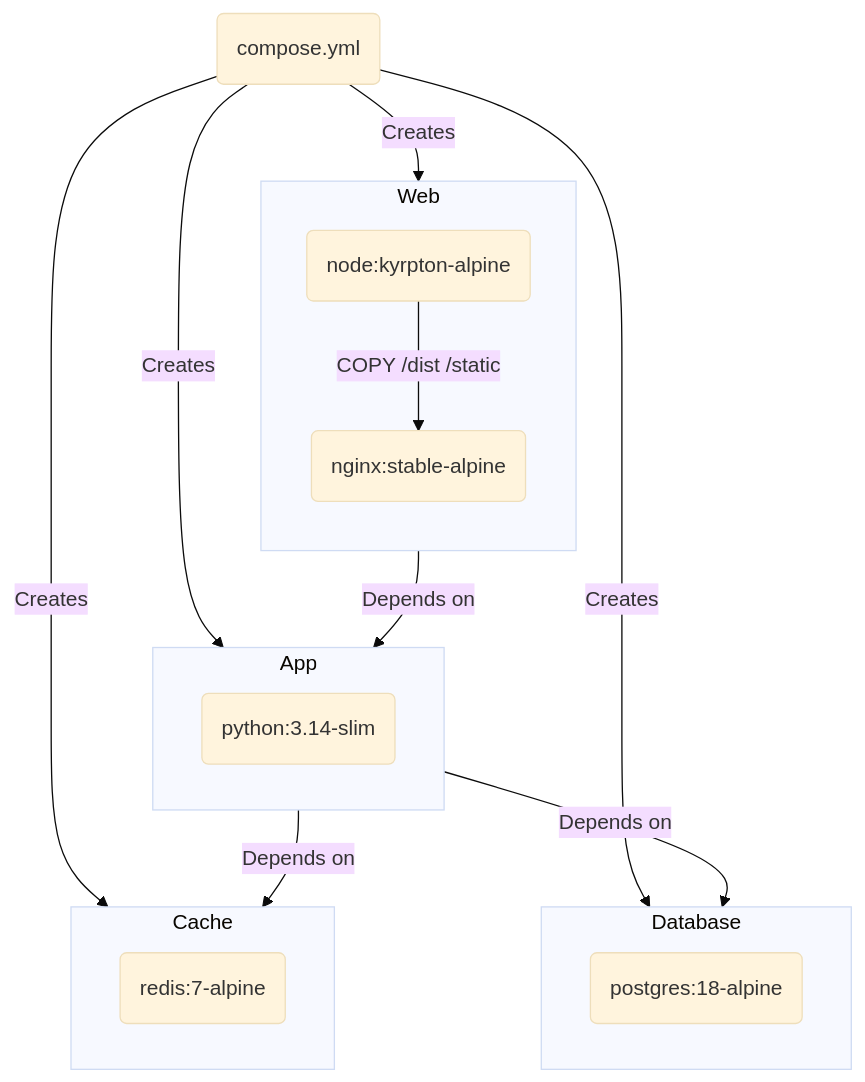
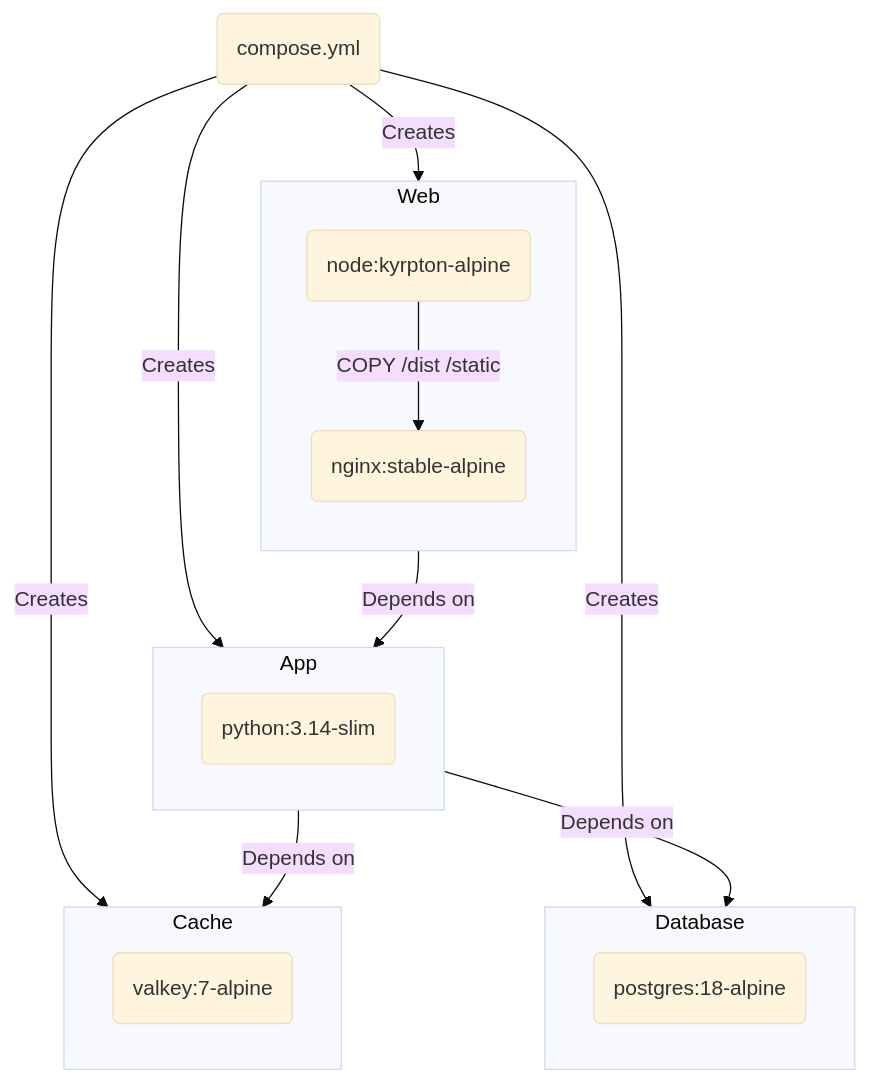
Before and after one commit to LandRegistry/govuk-frontend-flask: the first of 2 diagrams in README.md, drawn with Mermaid (base theme). The commit also changed other lines of this file and 2 other files, not shown here.

Commit message:
switch to valkey

````diff
--- a/README.md
+++ b/README.md
@@ -130,30 +130,30 @@
 ```mermaid
 flowchart TB
     compose(compose.yml)
     nginx(nginx:stable-alpine)
     node(node:kyrpton-alpine)
     postgres(postgres:18-alpine)
     python(python:3.14-slim)
-    redis(redis:7-alpine)
+    valkey(valkey:7-alpine)
 
     compose -- Creates --> App & Cache & Web & Database
     App -- Depends on --> Cache & Database
     Web -- Depends on --> App
 
     subgraph Web
         direction TB
         node -- COPY /dist /static --> nginx
     end
 
     subgraph App
         python
     end
 
     subgraph Database
         postgres
     end
 
     subgraph Cache
-        redis
+        valkey
     end
 ```
````
